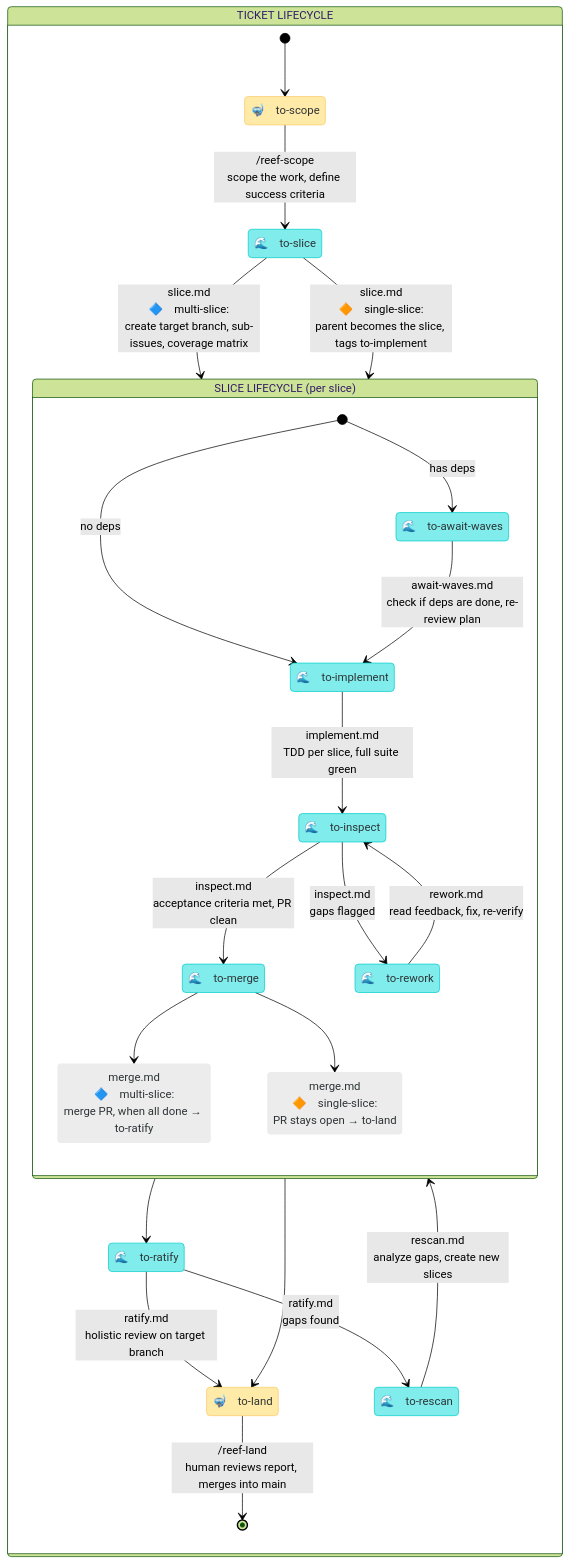
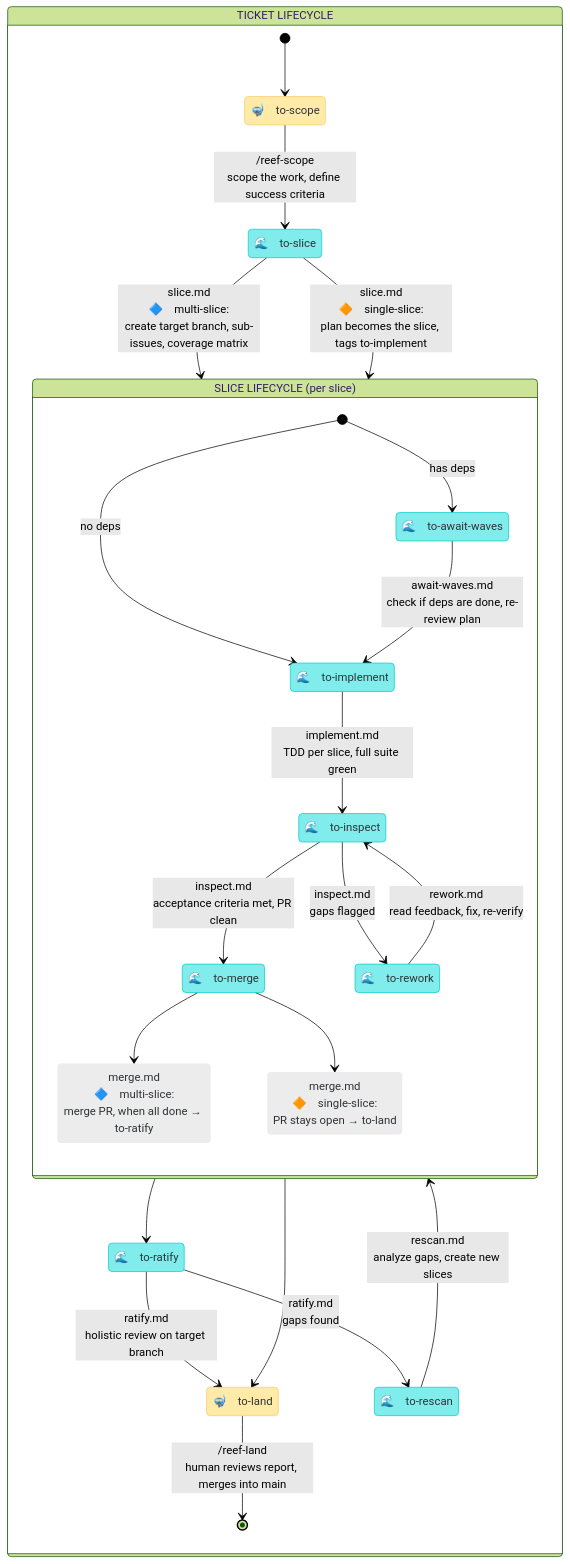
Before and after one commit to mesqueeb/moonjelly-reef: the diagram in README.md, drawn with Mermaid (forest theme). The commit also changed other lines of this file and 15 other files, not shown here.

````diff
--- a/README.md
+++ b/README.md
@@ -30,52 +30,52 @@
 ```mermaid
 stateDiagram-v2
     direction TB
 
     classDef human fill:#ffeaa7,stroke:#fdcb6e,color:#2d3436
     classDef agent fill:#81ecec,stroke:#00cec9,color:#2d3436
     classDef arrow fill:#ececec,stroke:#ffffff00,color:#2d3436
 
     state "TICKET LIFECYCLE" as work {
 
         state "🤿　to-scope" as to_scope
         state "🌊　to-slice" as to_slice
         state "🌊　to-ratify" as to_ratify
         state "🌊　to-rescan" as gaps_to_rescan
         state "🤿　to-land" as to_land
 
         [*] --> to_scope
         to_scope --> to_slice : /reef-scope<br />scope the work, define success criteria
         to_slice --> slice_lifecycle : slice.md<br />🔷　multi-slice:<br />create target branch, sub-issues, coverage matrix
-        to_slice --> slice_lifecycle : slice.md<br />🔶　single-slice:<br />parent becomes the slice, tags to-implement
+        to_slice --> slice_lifecycle : slice.md<br />🔶　single-slice:<br />plan becomes the slice, tags to-implement
         slice_lifecycle --> to_ratify
         slice_lifecycle --> to_land
         to_ratify --> to_land : ratify.md<br />holistic review on target branch
         to_ratify --> gaps_to_rescan : ratify.md<br />gaps found
         gaps_to_rescan --> slice_lifecycle : rescan.md<br />analyze gaps, create new slices
         to_land --> [*] : /reef-land<br />human reviews report, merges into main
     }
 
     state "SLICE LIFECYCLE (per slice)" as slice_lifecycle {
 
         state "🌊　to-await-waves" as to_await
         state "🌊　to-implement" as to_implement
         state "🌊　to-inspect" as to_inspect
         state "🌊　to-rework" as needs_rework
         state "🌊　to-merge" as to_merge
         state "merge.md<br />🔷　multi-slice:<br />merge PR, when all done → to-ratify" as merge_multi
         state "merge.md<br />🔶　single-slice:<br />PR stays open → to-land" as merge_single
         [*] --> to_implement : no deps
         [*] --> to_await : has deps
         to_await --> to_implement : await-waves.md<br />check if deps are done, re-review plan
         to_implement --> to_inspect : implement.md<br />TDD per slice, full suite green
         to_inspect --> to_merge : inspect.md<br />acceptance criteria met, PR clean
         to_inspect --> needs_rework : inspect.md<br />gaps flagged
         needs_rework --> to_inspect : rework.md<br />read feedback, fix, re-verify
         to_merge --> merge_multi
         to_merge --> merge_single
     }
 
     class to_scope,to_land human
     class to_slice,to_ratify,gaps_to_rescan,to_await,to_implement,to_inspect,needs_rework,to_merge agent
     class merge_multi,merge_single arrow
 ```
````
